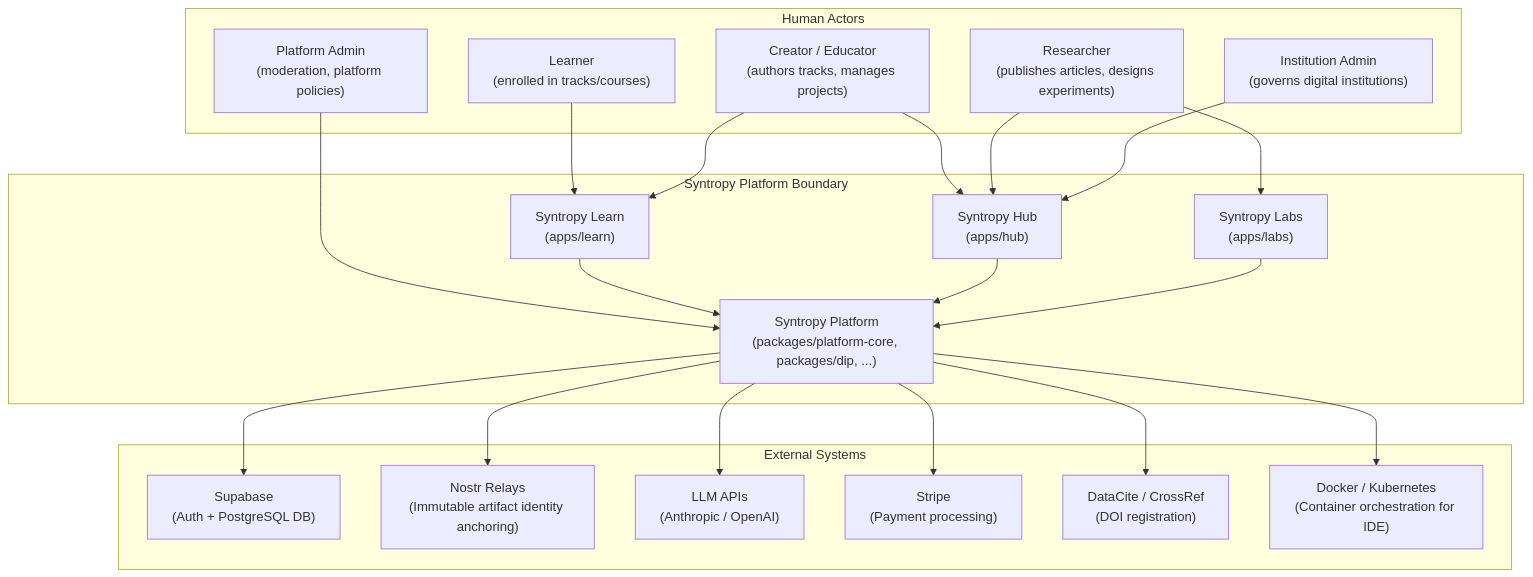
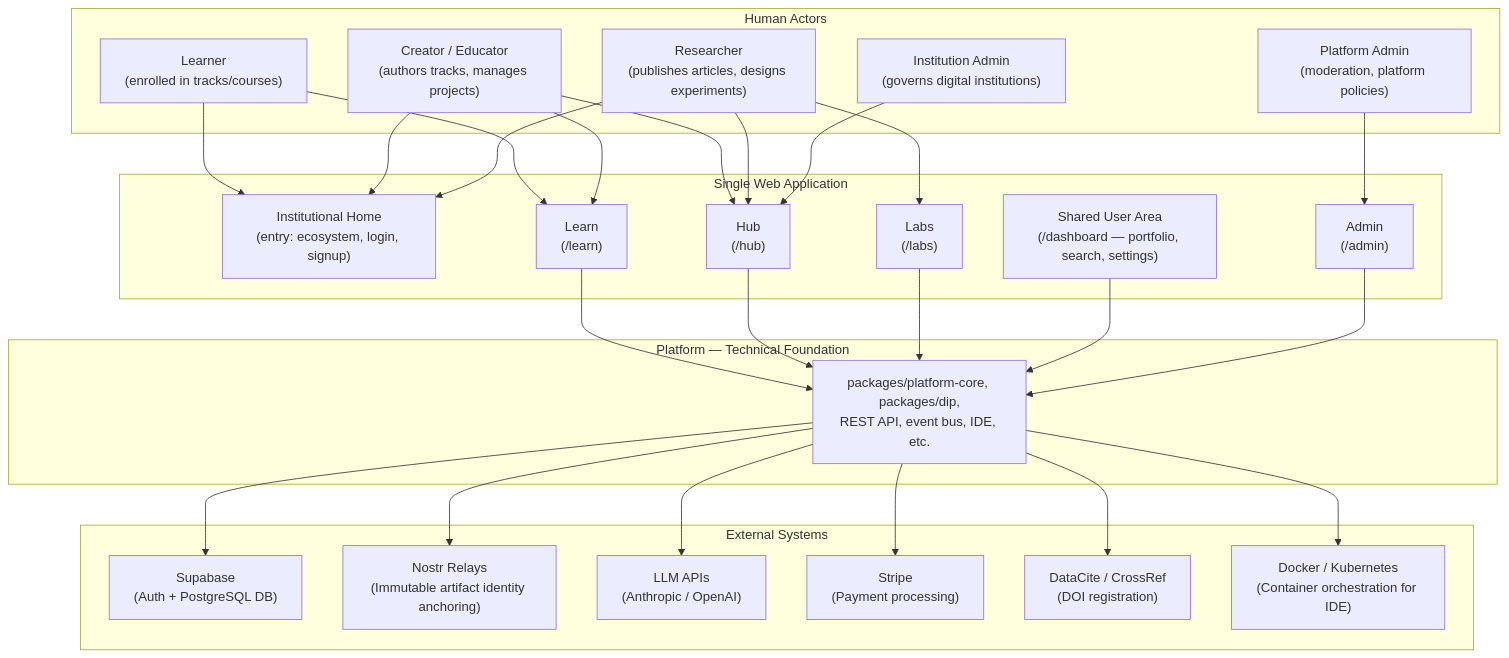
Before and after one commit to syntropy-cc/syntropy-platform: the first of 4 diagrams in docs/architecture/ARCHITECTURE.md, drawn with Mermaid. The commit also changed other lines of this file and 7 other files, not shown here.

First line of the commit message:
Update Architecture Documentation to Define Platform as Technical Foundation

````diff
--- a/docs/architecture/ARCHITECTURE.md
+++ b/docs/architecture/ARCHITECTURE.md
@@ -131,45 +133,56 @@
 ```mermaid
 graph TB
     subgraph actors [Human Actors]
         LEARNER["Learner\n(enrolled in tracks/courses)"]
         CREATOR["Creator / Educator\n(authors tracks, manages projects)"]
         RESEARCHER["Researcher\n(publishes articles, designs experiments)"]
         INST_ADMIN["Institution Admin\n(governs digital institutions)"]
         PLAT_ADMIN["Platform Admin\n(moderation, platform policies)"]
     end
 
-    subgraph syntropy [Syntropy Platform Boundary]
-        LEARN_APP["Syntropy Learn\n(apps/learn)"]
-        HUB_APP["Syntropy Hub\n(apps/hub)"]
-        LABS_APP["Syntropy Labs\n(apps/labs)"]
-        PLATFORM_PKG["Syntropy Platform\n(packages/platform-core, packages/dip, ...)"]
+    subgraph webApp [Single Web Application]
+        INST_HOME["Institutional Home\n(entry: ecosystem, login, signup)"]
+        LEARN_APP["Learn\n(/learn)"]
+        HUB_APP["Hub\n(/hub)"]
+        LABS_APP["Labs\n(/labs)"]
+        DASH_APP["Shared User Area\n(/dashboard — portfolio, search, settings)"]
+        ADMIN_APP["Admin\n(/admin)"]
+    end
+
+    subgraph foundation [Platform — Technical Foundation]
+        PLATFORM_PKG["packages/platform-core, packages/dip,\nREST API, event bus, IDE, etc."]
     end
 
     subgraph external [External Systems]
         SUPABASE["Supabase\n(Auth + PostgreSQL DB)"]
         NOSTR["Nostr Relays\n(Immutable artifact identity anchoring)"]
         LLM_API["LLM APIs\n(Anthropic / OpenAI)"]
         STRIPE["Stripe\n(Payment processing)"]
         DATACITE["DataCite / CrossRef\n(DOI registration)"]
         DOCKER_K8S["Docker / Kubernetes\n(Container orchestration for IDE)"]
     end
 
+    LEARNER --> INST_HOME
     LEARNER --> LEARN_APP
+    CREATOR --> INST_HOME
     CREATOR --> LEARN_APP
     CREATOR --> HUB_APP
+    RESEARCHER --> INST_HOME
     RESEARCHER --> LABS_APP
     RESEARCHER --> HUB_APP
     INST_ADMIN --> HUB_APP
-    PLAT_ADMIN --> PLATFORM_PKG
+    PLAT_ADMIN --> ADMIN_APP
 
     LEARN_APP --> PLATFORM_PKG
     HUB_APP --> PLATFORM_PKG
     LABS_APP --> PLATFORM_PKG
+    DASH_APP --> PLATFORM_PKG
+    ADMIN_APP --> PLATFORM_PKG
 
     PLATFORM_PKG --> SUPABASE
     PLATFORM_PKG --> NOSTR
     PLATFORM_PKG --> LLM_API
     PLATFORM_PKG --> STRIPE
     PLATFORM_PKG --> DATACITE
     PLATFORM_PKG --> DOCKER_K8S
 ```
````
